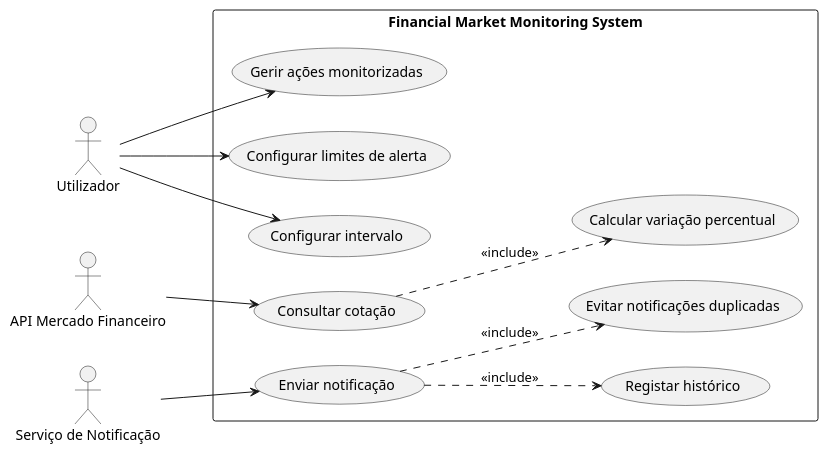
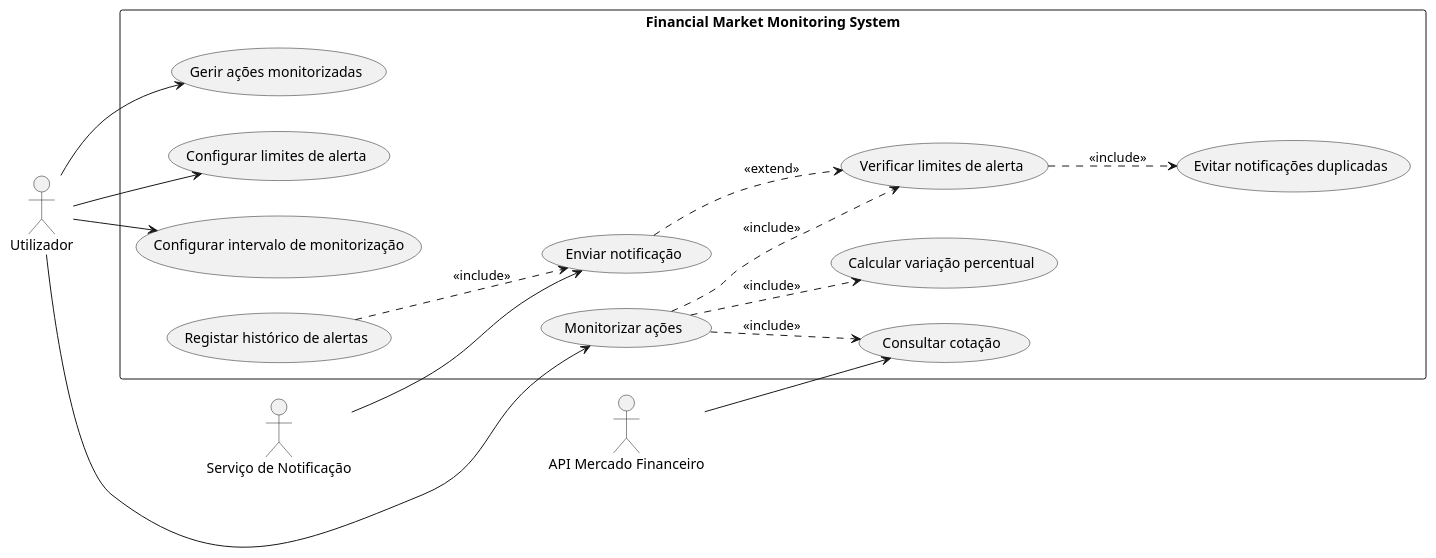
One commit to leviPereira5/TRT changed the diagram in docs/diagrams/use_case_diagram_v2.puml. Above: the diagram before and after it, drawn with PlantUML. The commit also changed 3 other files, not shown here.

```diff
--- a/docs/diagrams/use_case_diagram_v2.puml
+++ b/docs/diagrams/use_case_diagram_v2.puml
@@ -1,31 +1,47 @@
 @startuml
 left to right direction
 
-actor "Utilizador" as U
+actor Utilizador as U
 actor "API Mercado Financeiro" as API
 actor "Serviço de Notificação" as NS
 
 rectangle "Financial Market Monitoring System" {
 
   usecase "Gerir ações monitorizadas" as UC1
   usecase "Configurar limites de alerta" as UC2
-  usecase "Configurar intervalo" as UC3
+  usecase "Configurar intervalo de monitorização" as UC3
+
+  usecase "Monitorizar ações" as UC9
   usecase "Consultar cotação" as UC4
   usecase "Calcular variação percentual" as UC5
+  usecase "Verificar limites de alerta" as UC10
+  usecase "Evitar notificações duplicadas" as UC8
   usecase "Enviar notificação" as UC6
-  usecase "Registar histórico" as UC7
-  usecase "Evitar notificações duplicadas" as UC8
+  usecase "Registar histórico de alertas" as UC7
 }
 
+' Utilizador
 U --> UC1
 U --> UC2
 U --> UC3
+U --> UC9
 
+' Sistemas externos
 API --> UC4
 NS --> UC6
 
-UC4 ..> UC5 : <<include>>
-UC6 ..> UC7 : <<include>>
-UC6 ..> UC8 : <<include>>
+' Fluxo principal de monitorização
+UC9 ..> UC4 : <<include>>
+UC9 ..> UC5 : <<include>>
+UC9 ..> UC10 : <<include>>
+
+' Regras internas
+UC10 ..> UC8 : <<include>>
+
+' Notificação só acontece quando necessário (extend é mais correto aqui)
+UC6 ..> UC10 : <<extend>>
+
+' Registo de histórico sempre que há notificação
+UC7 ..> UC6 : <<include>>
 
 @enduml
```
